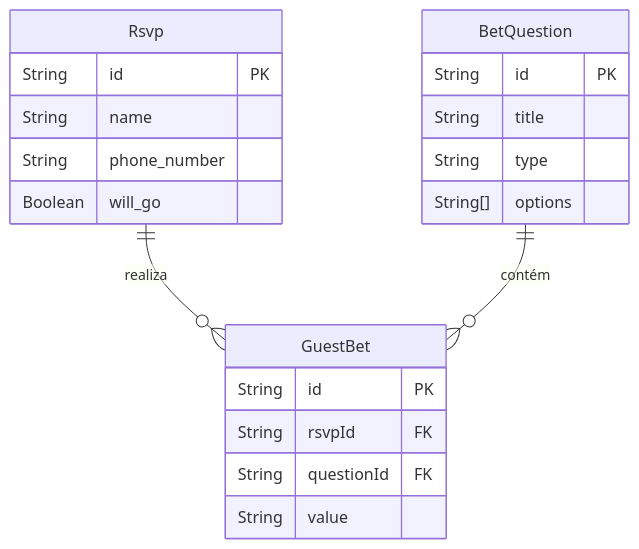
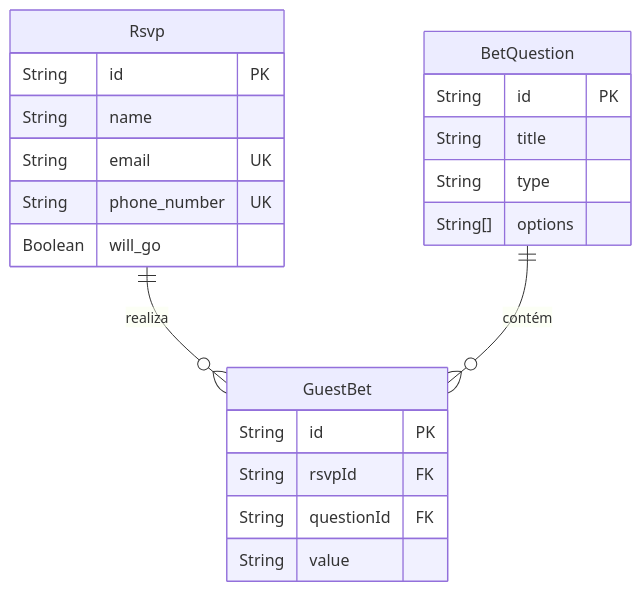
One commit to Scalco7/engagement-invite-api changed the diagram in gemma.md. Above: the diagram before and after it, drawn with Mermaid. The commit also changed other lines of this file and 5 other files, not shown here.

````diff
--- a/gemma.md
+++ b/gemma.md
@@ -175,24 +175,25 @@
 ```mermaid
 erDiagram
     Rsvp {
         String id PK
         String name
-        String phone_number
+        String email UK
+        String phone_number UK
         Boolean will_go
     }
     BetQuestion {
         String id PK
         String title
         String type
         String[] options
     }
     GuestBet {
         String id PK
         String rsvpId FK
         String questionId FK
         String value
     }
 
     Rsvp ||--o{ GuestBet : "realiza"
     BetQuestion ||--o{ GuestBet : "contém"
 ```
````
